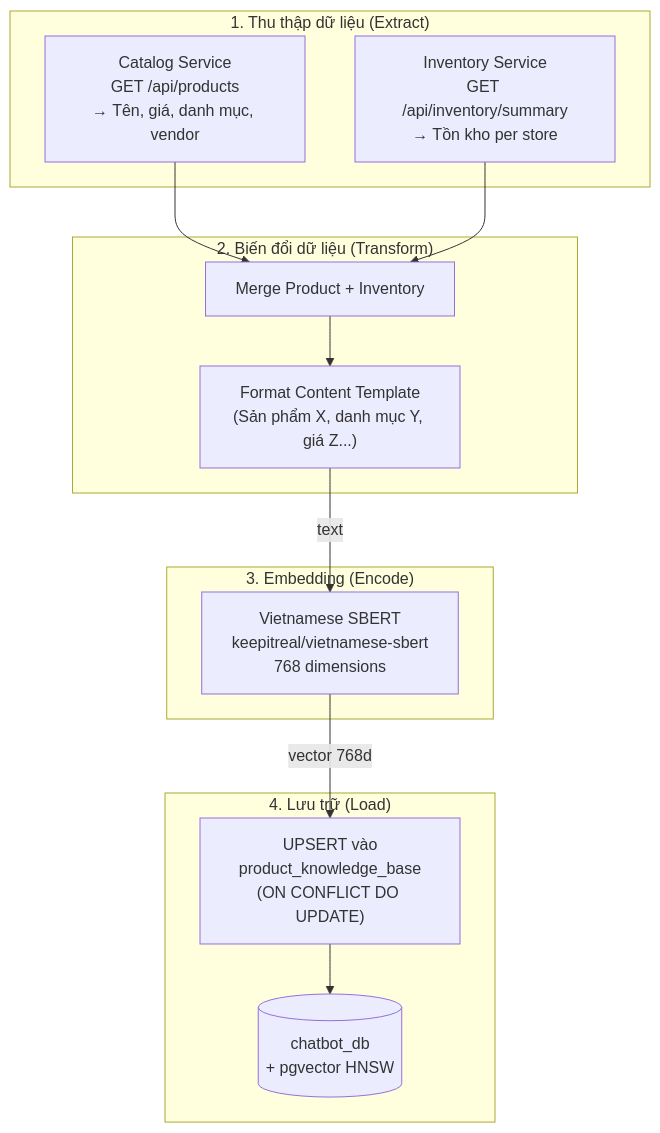
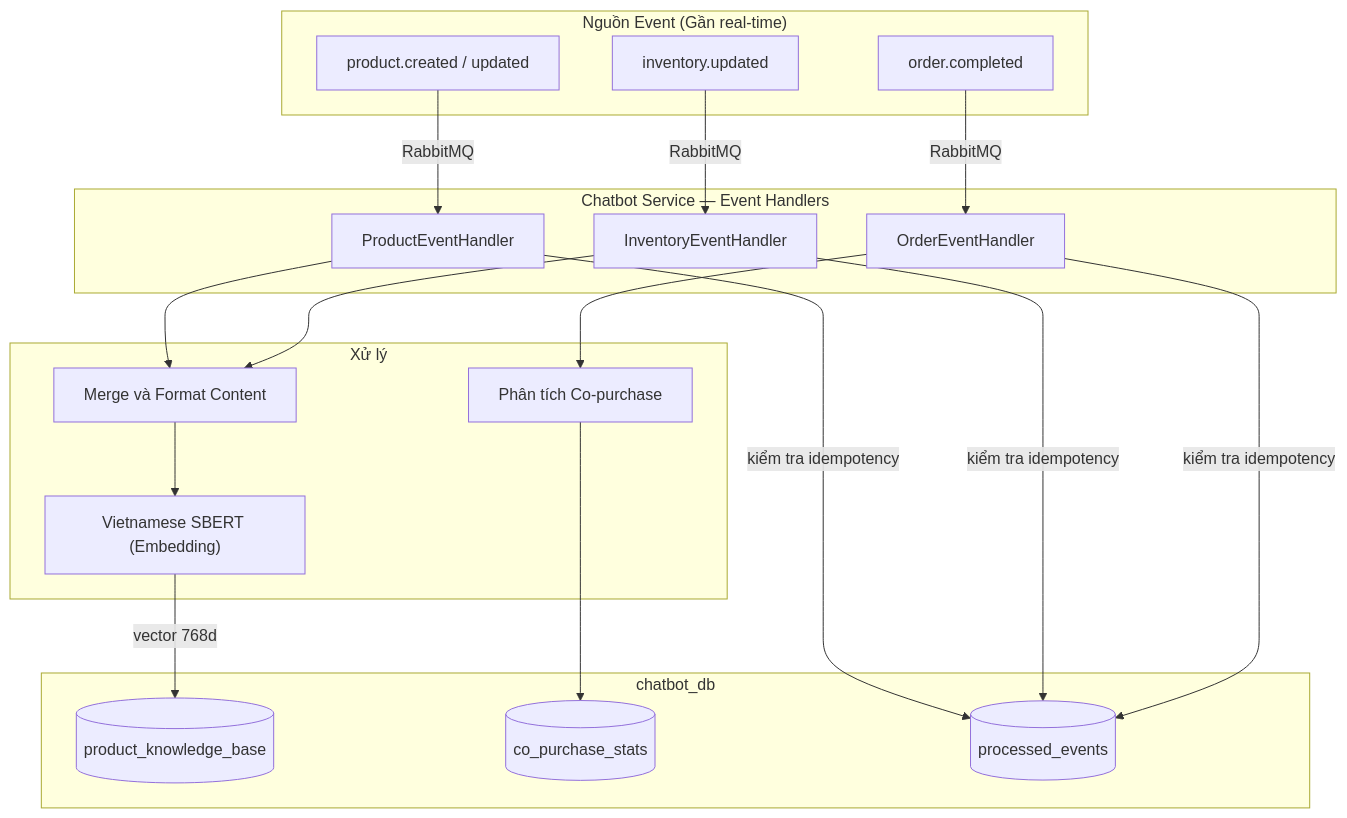
The fifth of 9 diagrams in docs/chatbot/bao-cao-chatbot-rag.md (PhatNguyenTT2/microservices), drawn with Mermaid before and after one commit. The commit also changed other lines of this file, not shown here.

````diff
--- a/docs/chatbot/bao-cao-chatbot-rag.md
+++ b/docs/chatbot/bao-cao-chatbot-rag.md
@@ -379,28 +300,40 @@
 ```mermaid
 graph TB
-    subgraph "1. Thu thập dữ liệu (Extract)"
-        CAT["Catalog Service<br/>GET /api/products<br/>→ Tên, giá, danh mục, vendor"]
-        INV["Inventory Service<br/>GET /api/inventory/summary<br/>→ Tồn kho per store"]
+    subgraph "Nguồn Event (Gần real-time)"
+        E1["product.created / updated"]
+        E2["inventory.updated"]
+        E3["order.completed"]
     end
 
-    subgraph "2. Biến đổi dữ liệu (Transform)"
-        MERGE["Merge Product + Inventory"]
-        FORMAT["Format Content Template<br/>(Sản phẩm X, danh mục Y, giá Z...)"]
+    subgraph "Chatbot Service — Event Handlers"
+        H1["ProductEventHandler"]
+        H2["InventoryEventHandler"]
+        H3["OrderEventHandler"]
     end
 
-    subgraph "3. Embedding (Encode)"
-        SBERT["Vietnamese SBERT<br/>keepitreal/vietnamese-sbert<br/>768 dimensions"]
+    subgraph "Xử lý"
+        MERGE["Merge và Format Content"]
+        EMB["Vietnamese SBERT (Embedding)"]
+        COPURCH["Phân tích Co-purchase"]
     end
 
-    subgraph "4. Lưu trữ (Load)"
-        UPSERT["UPSERT vào<br/>product_knowledge_base<br/>(ON CONFLICT DO UPDATE)"]
-        KB[("chatbot_db<br/>+ pgvector HNSW")]
+    subgraph "chatbot_db"
+        KB[("product_knowledge_base")]
+        CP[("co_purchase_stats")]
+        PE[("processed_events")]
     end
 
-    CAT --> MERGE
-    INV --> MERGE
-    MERGE --> FORMAT
-    FORMAT -->|text| SBERT
-    SBERT -->|vector 768d| UPSERT
-    UPSERT --> KB
+    E1 -->|RabbitMQ| H1
+    E2 -->|RabbitMQ| H2
+    E3 -->|RabbitMQ| H3
+
+    H1 --> MERGE
+    H2 --> MERGE
+    MERGE --> EMB
+    EMB -->|vector 768d| KB
+
+    H3 --> COPURCH
+    COPURCH --> CP
+
+    H1 & H2 & H3 -->|kiểm tra idempotency| PE
 ```
````
